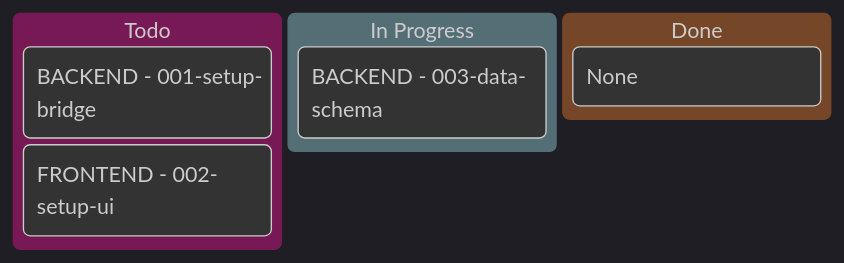
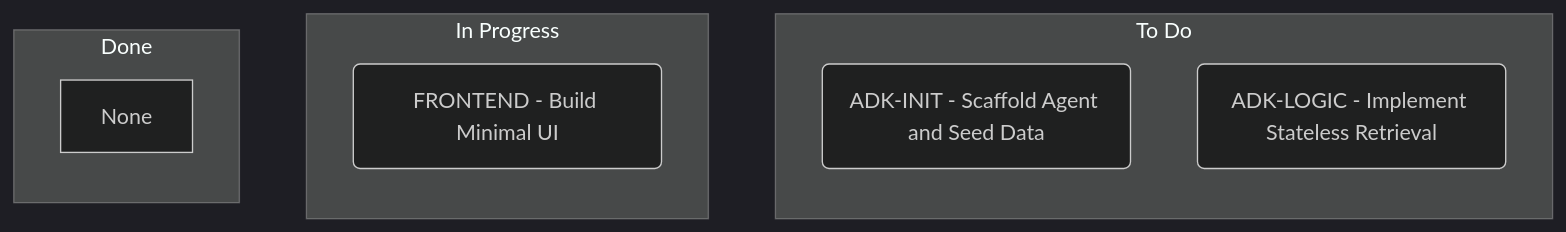
The diagram in skills/send-it/references/kanban-logic.md (sapientcoffee/vibe-games), drawn with Mermaid (dark theme) before and after one commit. The commit also changed other lines of this file and 10 other files, not shown here.

````diff
--- a/skills/send-it/references/kanban-logic.md
+++ b/skills/send-it/references/kanban-logic.md
@@ -6,10 +6,16 @@
 ```mermaid
-kanban
-  Todo
-    BACKEND - 001-setup-bridge
-    FRONTEND - 002-setup-ui
-  In Progress
-    BACKEND - 003-data-schema
-  Done
+flowchart TD
+  subgraph Todo ["To Do"]
+    direction TB
+    issue-1(ADK-INIT - Scaffold Agent and Seed Data)
+    issue-2(ADK-LOGIC - Implement Stateless Retrieval)
+  end
+  subgraph InProgress ["In Progress"]
+    direction TB
+    issue-3(FRONTEND - Build Minimal UI)
+  end
+  subgraph Done ["Done"]
+    direction TB
     None
+  end
 ```
````
